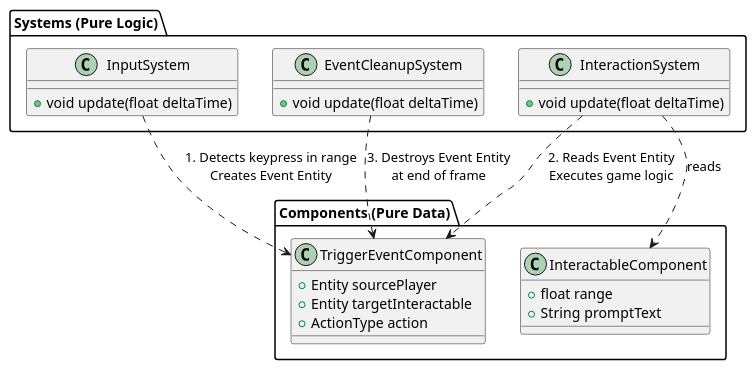
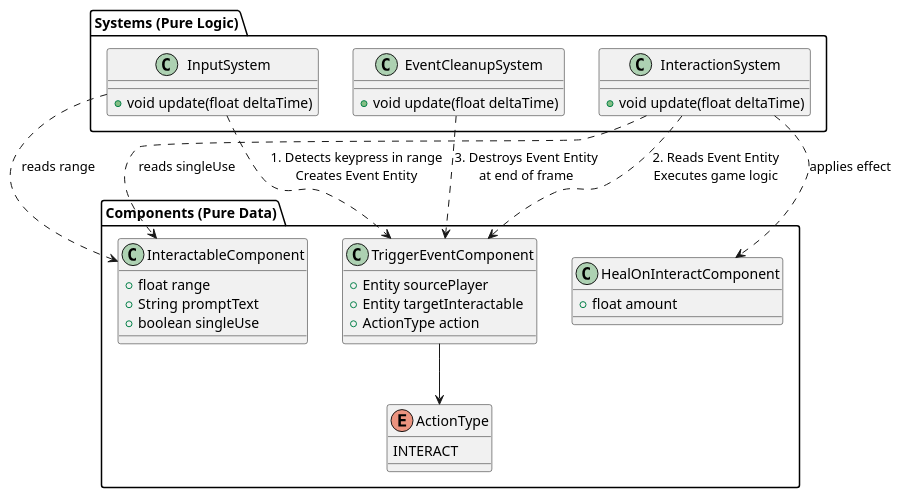
Before and after one commit to ENG1C4T3/goose-survivor: the diagram in misc/uml/events.puml, drawn with PlantUML. The commit also changed 20 other files, not shown here.

Commit message:
Add interaction event flow and health packs with tests

```diff
--- a/misc/uml/events.puml
+++ b/misc/uml/events.puml
@@ -1,39 +1,52 @@
 @startuml
 
 package "Components (Pure Data)" {
     class InteractableComponent {
         + float range
         + String promptText
+        + boolean singleUse
     }
-    
+
+    class HealOnInteractComponent {
+        ' Interaction effect
+        + float amount
+    }
+
     class TriggerEventComponent {
         + Entity sourcePlayer
         + Entity targetInteractable
         + ActionType action
     }
+
+    enum ActionType {
+        INTERACT
+    }
+    TriggerEventComponent --> ActionType
 }
 
 package "Systems (Pure Logic)" {
     class InputSystem {
         ' Checks keybinds and player position
         + void update(float deltaTime)
     }
 
     class InteractionSystem {
         ' Processes the event logic
         + void update(float deltaTime)
     }
-    
+
     class EventCleanupSystem {
         ' Runs at the very end of the frame
         + void update(float deltaTime)
     }
 }
 
 ' Flow of the Event-as-Entity pattern
 InputSystem .right.> TriggerEventComponent : 1. Detects keypress in range\nCreates Event Entity
 InteractionSystem ..> TriggerEventComponent : 2. Reads Event Entity\nExecutes game logic
 EventCleanupSystem ..> TriggerEventComponent : 3. Destroys Event Entity\nat end of frame
 
-InteractionSystem ..> InteractableComponent : reads
+InputSystem ..> InteractableComponent : reads range
+InteractionSystem ..> InteractableComponent : reads singleUse
+InteractionSystem ..> HealOnInteractComponent : applies effect
 @enduml
```
